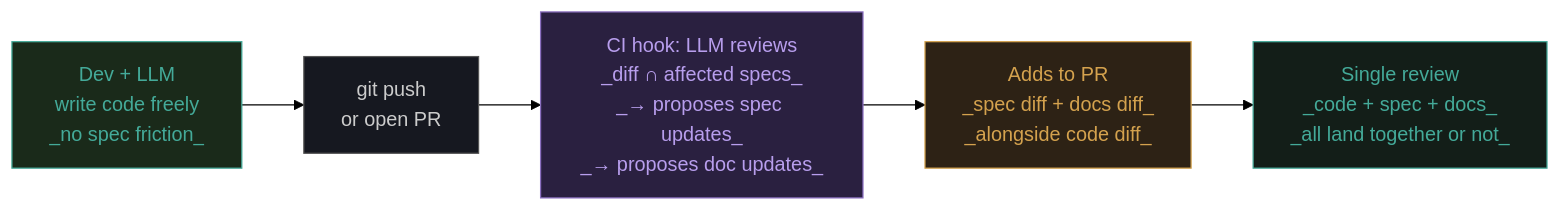
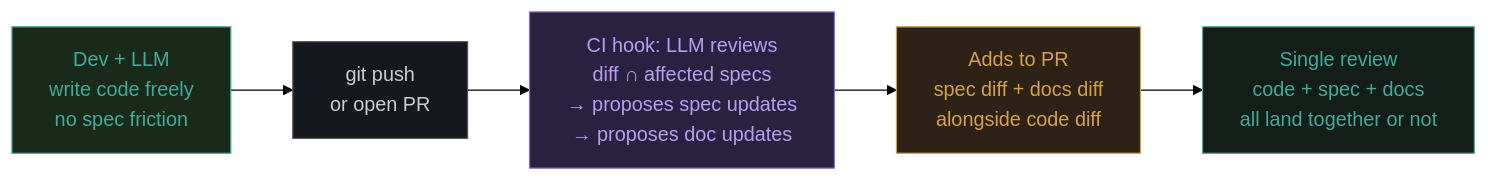
The tenth of 13 diagrams in docs/motivation-system-diagrams.md (davidroeca/NotarAI), drawn with Mermaid (forest theme) before and after one commit. The commit also changed other lines of this file, not shown here.

````diff
--- a/docs/motivation-system-diagrams.md
+++ b/docs/motivation-system-diagrams.md
@@ -255,16 +255,16 @@
 ```mermaid
 flowchart LR
-    S1["Dev + LLM<br/>write code freely<br/>_no spec friction_"]
+    S1["Dev + LLM<br/>write code freely<br/>no spec friction"]
     S2["git push<br/>or open PR"]
-    S3["CI hook: LLM reviews<br/>_diff ∩ affected specs_<br/>_→ proposes spec updates_<br/>_→ proposes doc updates_"]
-    S4["Adds to PR<br/>_spec diff + docs diff_<br/>_alongside code diff_"]
-    S5["Single review<br/>_code + spec + docs_<br/>_all land together or not_"]
+    S3["CI hook: LLM reviews<br/>diff ∩ affected specs<br/>→ proposes spec updates<br/>→ proposes doc updates"]
+    S4["Adds to PR<br/>spec diff + docs diff<br/>alongside code diff"]
+    S5["Single review<br/>code + spec + docs<br/>all land together or not"]
 
     S1 --> S2 --> S3 --> S4 --> S5
 
     style S1 fill:#1a2a1a,stroke:#4a9,color:#4a9
     style S2 fill:#161820,stroke:#555,color:#ccc
     style S3 fill:#2a2040,stroke:#8b6fc0,color:#b89eed
     style S4 fill:#2d2215,stroke:#d4a24e,color:#d4a24e
     style S5 fill:#131e18,stroke:#4a9,color:#4a9
 ```
````
